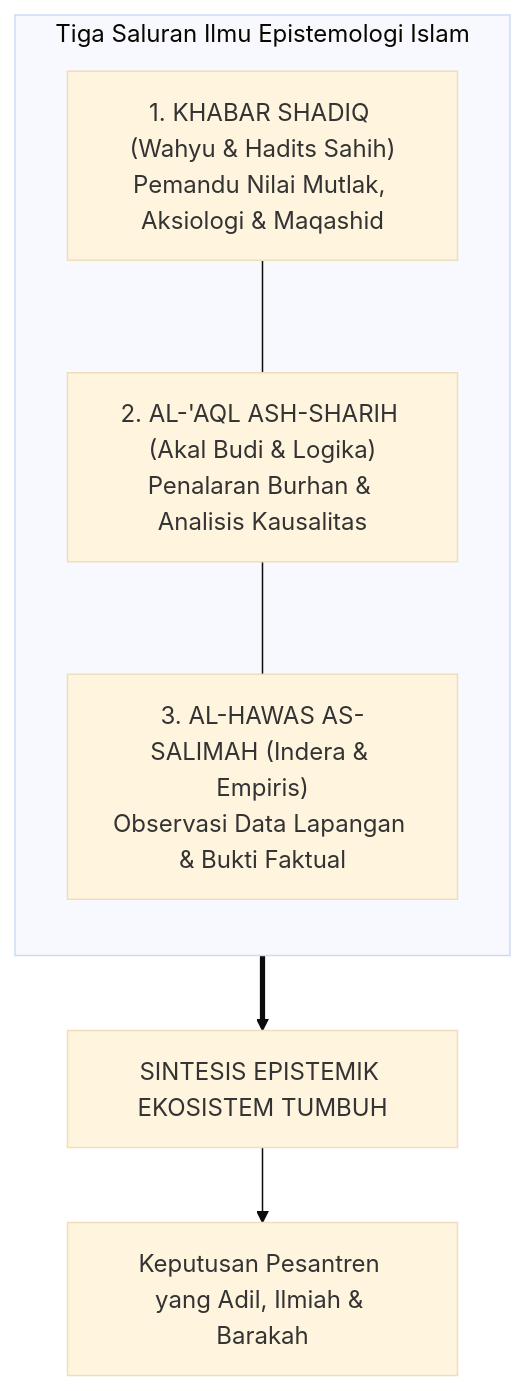
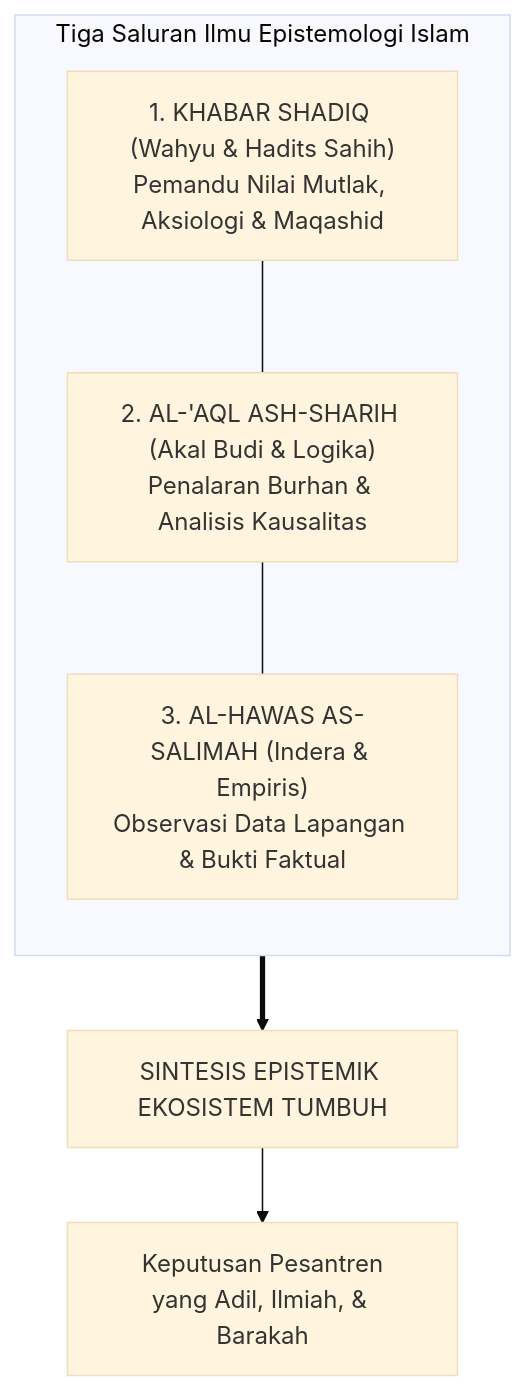
One commit to wandiapriliyandi/tumbuh changed the first of 5 diagrams in BOOK Series 1/01-The-Fundamental-of-TUMBUH/Bab-03-Epistemologi-Terpadu-Wahyu-Nalar-dan-Fakta-Empiris.md. Above: the diagram before and after it, drawn with Mermaid (base theme). The commit also changed other lines of this file and 37 other files, not shown here.

Commit message:
fix(book-01): optimasi pemenggalan teks dan overflow seluruh diagram serta render ulang 20 PDF

````diff
--- a/BOOK Series 1/01-The-Fundamental-of-TUMBUH/Bab-03-Epistemologi-Terpadu-Wahyu-Nalar-dan-Fakta-Empiris.md
+++ b/BOOK Series 1/01-The-Fundamental-of-TUMBUH/Bab-03-Epistemologi-Terpadu-Wahyu-Nalar-dan-Fakta-Empiris.md
@@ -50,14 +50,14 @@
 ```mermaid
 graph TD
     subgraph SALURAN_PENGETAHUAN["Tiga Saluran Ilmu Epistemologi Islam"]
         direction TB
         W["1. KHABAR SHADIQ (Wahyu & Hadits Sahih)<br/>Pemandu Nilai Mutlak, Aksiologi & Maqashid"]
         A["2. AL-'AQL ASH-SHARIH (Akal Budi & Logika)<br/>Penalaran Burhan & Analisis Kausalitas"]
         I["3. AL-HAWAS AS-SALIMAH (Indera & Empiris)<br/>Observasi Data Lapangan & Bukti Faktual"]
         W --- A
         A --- I
     end
 
     SALURAN_PENGETAHUAN ==> S["SINTESIS EPISTEMIK EKOSISTEM TUMBUH"]
-    S --> K["Keputusan Pesantren yang Adil, Ilmiah & Barakah"]
+    S --> K["Keputusan Pesantren<br/>yang Adil, Ilmiah, & Barakah"]
 ```
````
